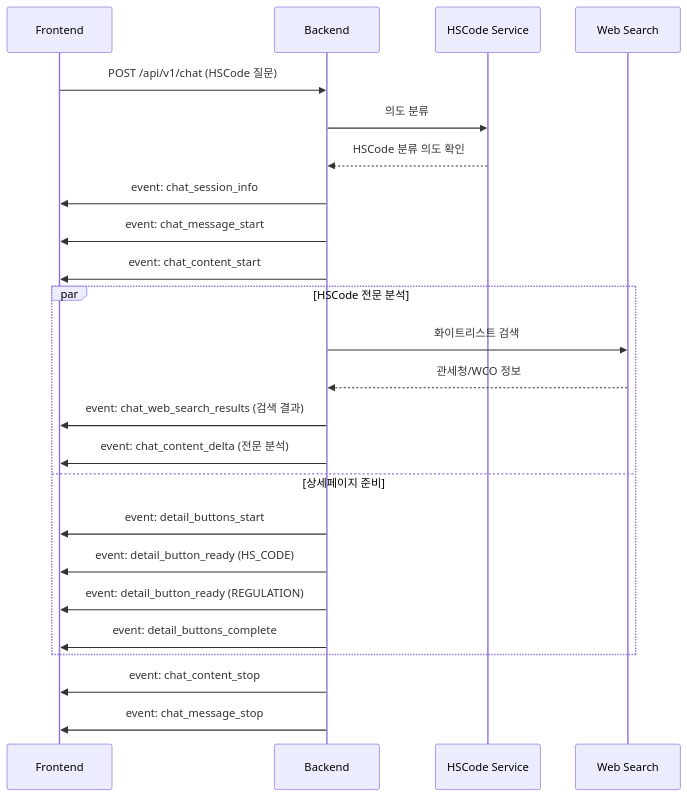
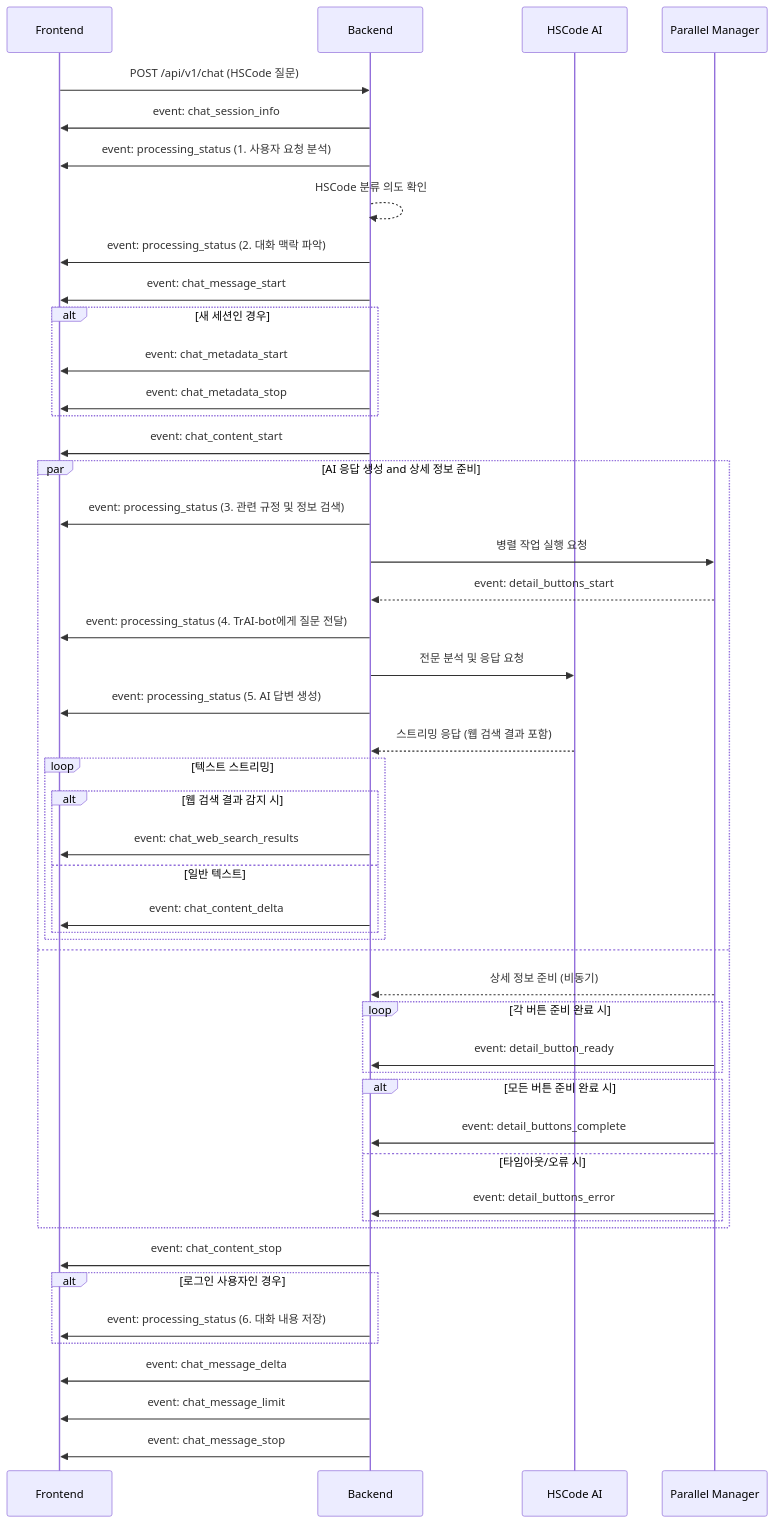
The second of 2 diagrams in docs/sse_event_mapping.md (brain1401/trade-frontend), drawn with Mermaid before and after one commit. The commit also changed other lines of this file and 9 other files, not shown here.

````diff
--- a/docs/sse_event_mapping.md
+++ b/docs/sse_event_mapping.md
@@ -682,30 +345,63 @@
 ```mermaid
 sequenceDiagram
     participant FE as Frontend
     participant BE as Backend
-    participant HSC as HSCode Service
-    participant WS as Web Search
+    participant AI as HSCode AI
+    participant PM as Parallel Manager
 
     FE->>BE: POST /api/v1/chat (HSCode 질문)
-    BE->>HSC: 의도 분류
-    HSC-->>BE: HSCode 분류 의도 확인
+    BE->>FE: event: chat_session_info
+    BE->>FE: event: processing_status (1. 사용자 요청 분석)
+    BE-->>BE: HSCode 분류 의도 확인
     
-    BE->>FE: event: chat_session_info
+    BE->>FE: event: processing_status (2. 대화 맥락 파악)
     BE->>FE: event: chat_message_start
+    
+    alt 새 세션인 경우
+        BE->>FE: event: chat_metadata_start
+        BE->>FE: event: chat_metadata_stop
+    end
+    
     BE->>FE: event: chat_content_start
     
-    par HSCode 전문 분석
-        BE->>WS: 화이트리스트 검색
-        WS-->>BE: 관세청/WCO 정보
-        BE->>FE: event: chat_web_search_results (검색 결과)
-        BE->>FE: event: chat_content_delta (전문 분석)
-    and 상세페이지 준비
-        BE->>FE: event: detail_buttons_start
-        BE->>FE: event: detail_button_ready (HS_CODE)
-        BE->>FE: event: detail_button_ready (REGULATION)
-        BE->>FE: event: detail_buttons_complete
+    par AI 응답 생성 and 상세 정보 준비
+        BE->>FE: event: processing_status (3. 관련 규정 및 정보 검색)
+        BE->>PM: 병렬 작업 실행 요청
+        PM-->>BE: event: detail_buttons_start
+        
+        BE->>FE: event: processing_status (4. TrAI-bot에게 질문 전달)
+        BE->>AI: 전문 분석 및 응답 요청
+        
+        BE->>FE: event: processing_status (5. AI 답변 생성)
+        AI-->>BE: 스트리밍 응답 (웹 검색 결과 포함)
+        
+        loop 텍스트 스트리밍
+            alt 웹 검색 결과 감지 시
+                BE->>FE: event: chat_web_search_results
+            else 일반 텍스트
+                BE->>FE: event: chat_content_delta
+            end
+        end
+        
+    and
+        PM-->>BE: 상세 정보 준비 (비동기)
+        loop 각 버튼 준비 완료 시
+            PM->>BE: event: detail_button_ready
+        end
+        alt 모든 버튼 준비 완료 시
+            PM->>BE: event: detail_buttons_complete
+        else 타임아웃/오류 시
+            PM->>BE: event: detail_buttons_error
+        end
     end
+
+    BE->>FE: event: chat_content_stop
     
-    BE->>FE: event: chat_content_stop
+    alt 로그인 사용자인 경우
+      BE->>FE: event: processing_status (6. 대화 내용 저장)
+    end
+
+    BE->>FE: event: chat_message_delta
+    BE->>FE: event: chat_message_limit
     BE->>FE: event: chat_message_stop
 ```
````
